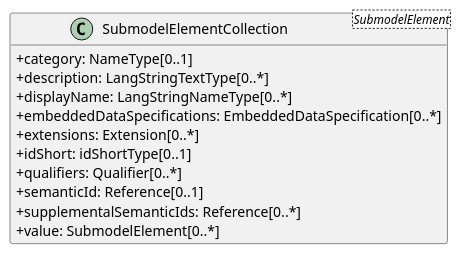
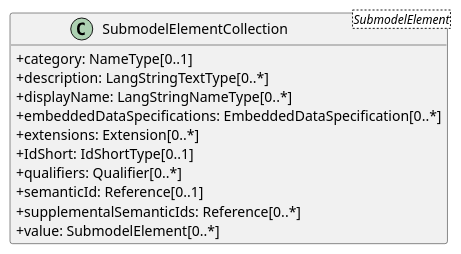
Before and after one commit to zrgt/py2puml: the diagram in output/classes/Submodel_element_collection.puml, drawn with PlantUML. The commit also changed 50 other files, not shown here.

```diff
--- a/output/classes/Submodel_element_collection.puml
+++ b/output/classes/Submodel_element_collection.puml
@@ -1,17 +1,17 @@
 @startuml
 skinparam classAttributeIconSize 0
 hide methods
 
 class SubmodelElementCollection<SubmodelElement> {
   +category: NameType[0..1] 
   +description: LangStringTextType[0..*] 
   +displayName: LangStringNameType[0..*] 
   +embeddedDataSpecifications: EmbeddedDataSpecification[0..*] 
   +extensions: Extension[0..*] 
-  +idShort: idShortType[0..1] 
+  +IdShort: IdShortType[0..1] 
   +qualifiers: Qualifier[0..*] 
   +semanticId: Reference[0..1] 
   +supplementalSemanticIds: Reference[0..*] 
   +value: SubmodelElement[0..*] 
 }
 @enduml
```
